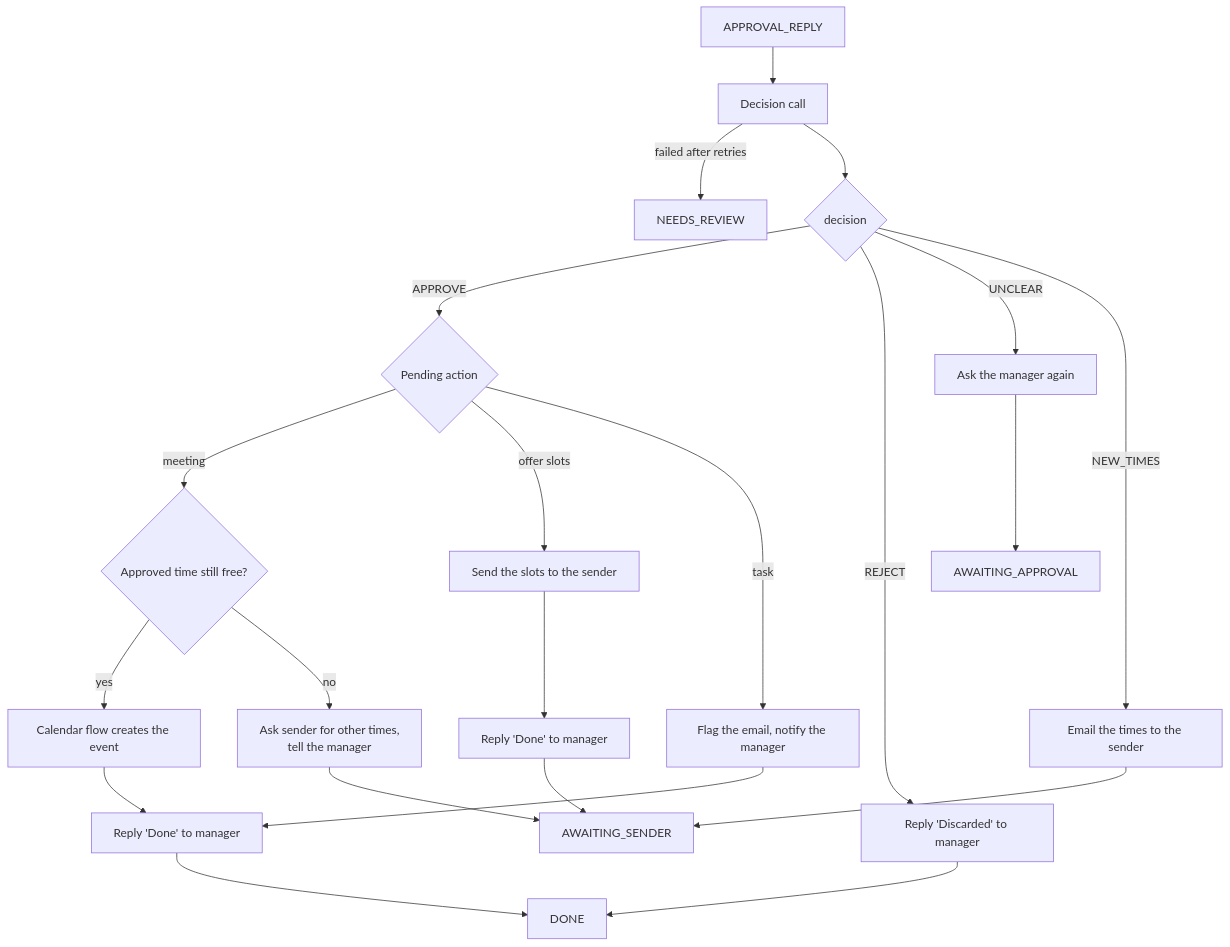
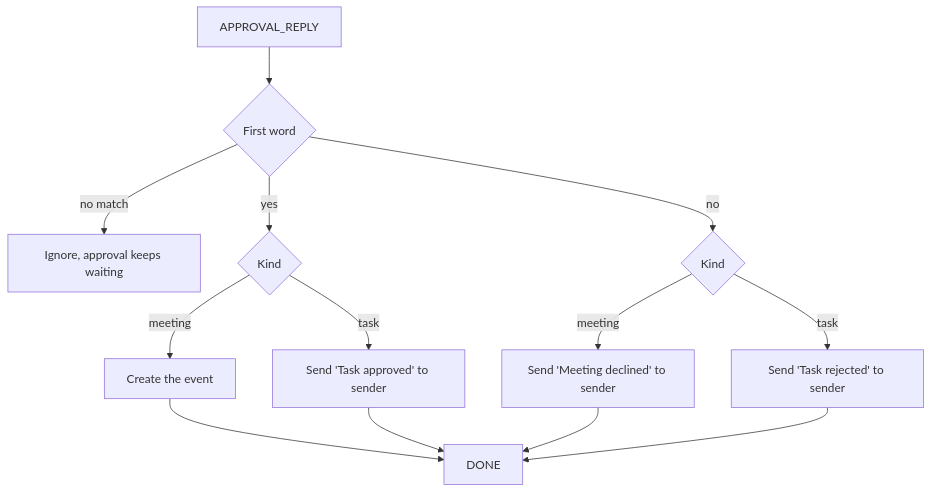
The second of 2 diagrams in docs/approval.md (andreicaminschi/ai-email-assistant), drawn with Mermaid before and after one commit. The commit also changed other lines of this file and 41 other files, not shown here.

First line of the commit message:
docs: simplify flows to per-pair handlers and yes/no approval

````diff
--- a/docs/approval.md
+++ b/docs/approval.md
@@ -176,24 +116,15 @@
 ```mermaid
 flowchart TD
-    R[APPROVAL_REPLY] --> D[Decision call]
-    D -- failed after retries --> NR[NEEDS_REVIEW]
-    D --> X{decision}
-    X -- APPROVE --> K{Pending action}
-    K -- meeting --> FB{Approved time still free?}
-    FB -- yes --> CAL[Calendar flow creates the event]
-    FB -- no --> BZ[Ask sender for other times,<br/>tell the manager]
-    BZ --> AS
-    K -- offer slots --> OS[Send the slots to the sender]
-    OS --> OD[Reply 'Done' to manager]
-    OD --> AS
-    K -- task --> FL[Flag the email, notify the manager]
-    CAL --> OK[Reply 'Done' to manager]
-    FL --> OK
-    OK --> DN[DONE]
-    X -- REJECT --> RJ[Reply 'Discarded' to manager]
-    RJ --> DN
-    X -- UNCLEAR --> UC[Ask the manager again]
-    UC --> AA[AWAITING_APPROVAL]
-    X -- NEW_TIMES --> NT[Email the times to the sender]
-    NT --> AS[AWAITING_SENDER]
+    R[APPROVAL_REPLY] --> W{First word}
+    W -- no match --> IG[Ignore, approval keeps waiting]
+    W -- yes --> K{Kind}
+    K -- meeting --> CAL[Create the event]
+    K -- task --> TA[Send 'Task approved' to sender]
+    W -- no --> K2{Kind}
+    K2 -- meeting --> MD[Send 'Meeting declined' to sender]
+    K2 -- task --> TR[Send 'Task rejected' to sender]
+    CAL --> DN[DONE]
+    TA --> DN
+    MD --> DN
+    TR --> DN
 ```
````
